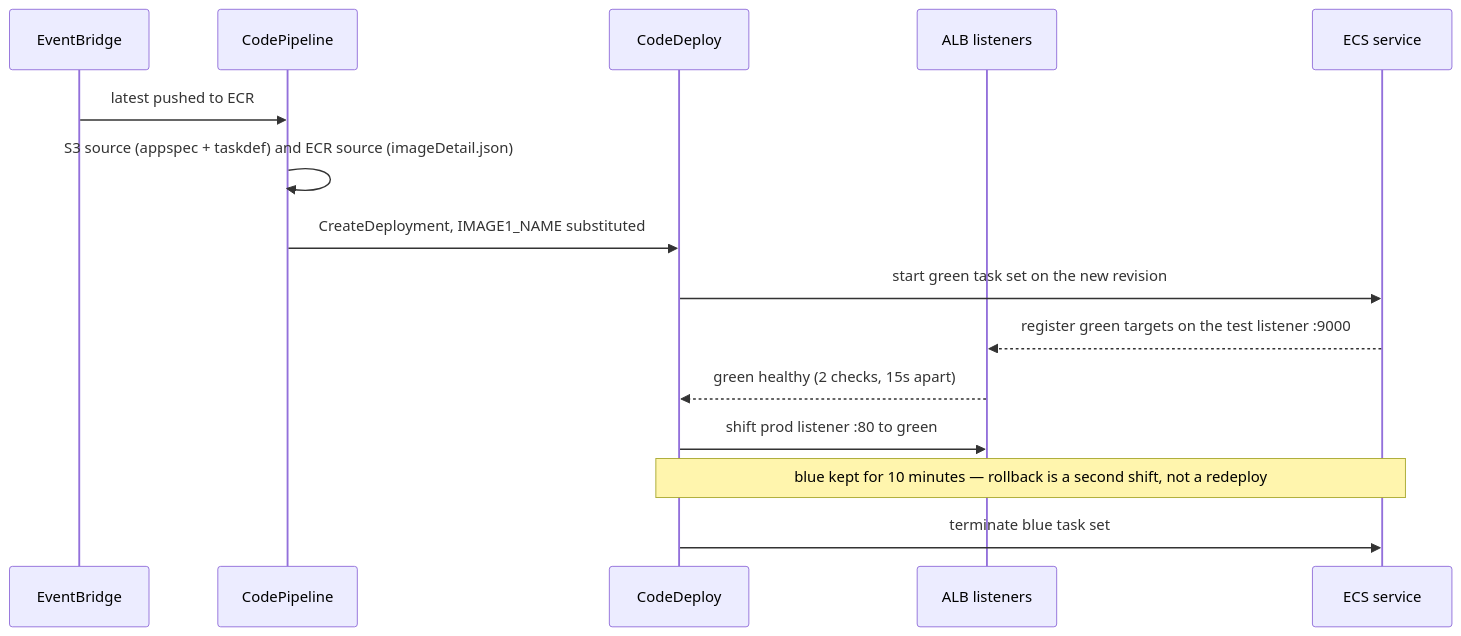
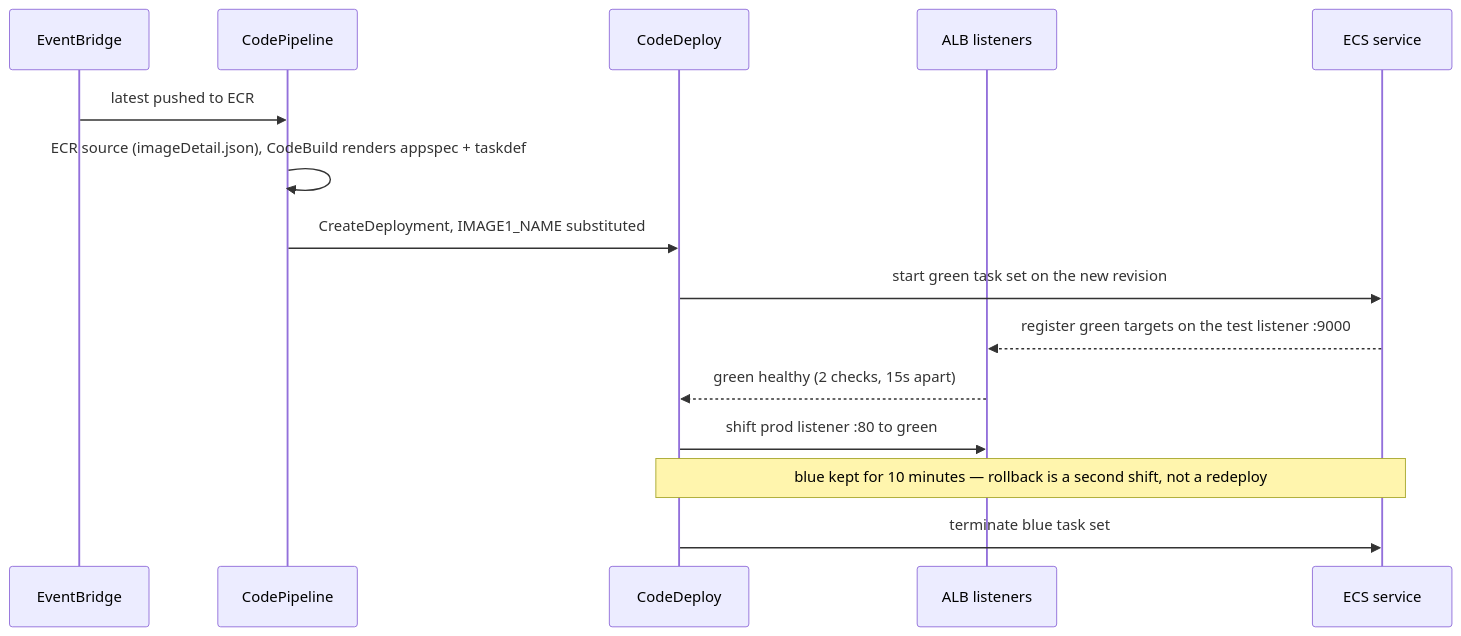
Before and after one commit to 1MuhireDavid/todo-app-infra: the third of 3 diagrams in docs/architecture.md, drawn with Mermaid. The commit also changed other lines of this file and 4 other files, not shown here.

````diff
--- a/docs/architecture.md
+++ b/docs/architecture.md
@@ -123,18 +122,18 @@
 ```mermaid
 sequenceDiagram
     participant EB as EventBridge
     participant CP as CodePipeline
     participant CD as CodeDeploy
     participant ALB as ALB listeners
     participant ECS as ECS service
 
     EB->>CP: latest pushed to ECR
-    CP->>CP: S3 source (appspec + taskdef) and ECR source (imageDetail.json)
+    CP->>CP: ECR source (imageDetail.json), CodeBuild renders appspec + taskdef
     CP->>CD: CreateDeployment, IMAGE1_NAME substituted
     CD->>ECS: start green task set on the new revision
     ECS-->>ALB: register green targets on the test listener :9000
     ALB-->>CD: green healthy (2 checks, 15s apart)
     CD->>ALB: shift prod listener :80 to green
     Note over CD,ECS: blue kept for 10 minutes — rollback is a second shift, not a redeploy
     CD->>ECS: terminate blue task set
 ```
````
